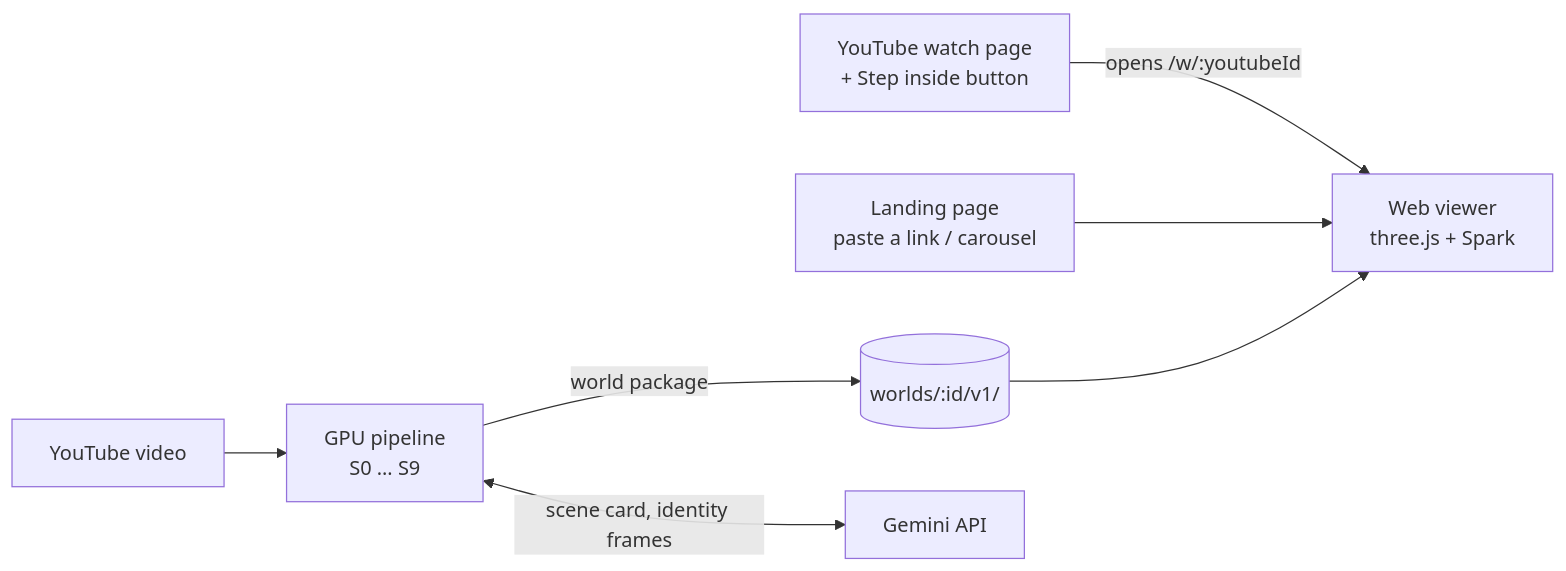
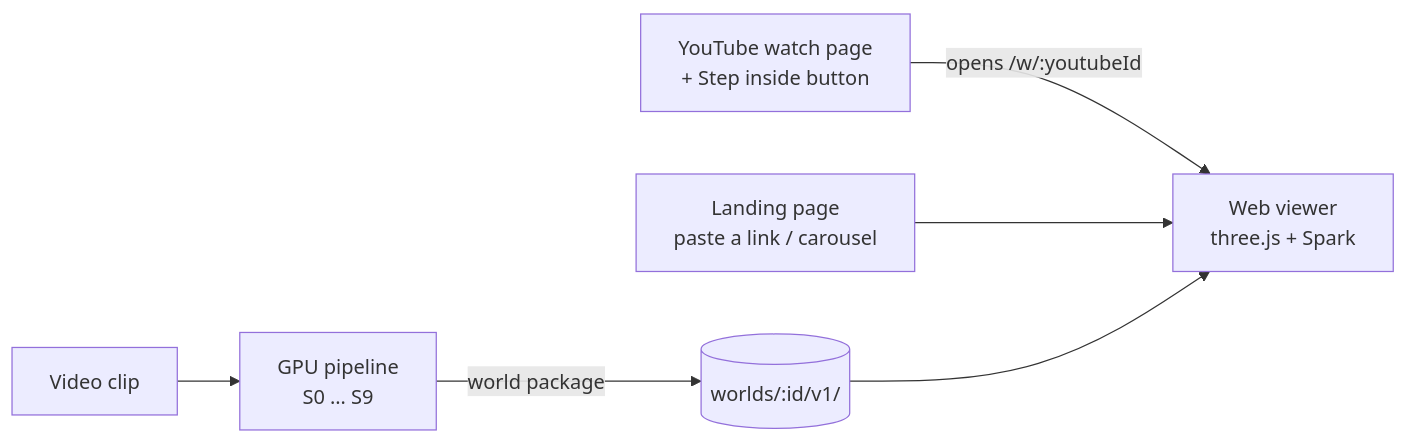
The diagram in README.md (ejo6/SplatMap-Engine), drawn with Mermaid before and after one commit. The commit also changed other lines of this file and 49 other files, not shown here.

Commit message:
Removed atlas, gemini, cut detection (up to user), Pi3X, Multi-HMR, large video depth anything model, LHM sample notions, viser, and open3d

````diff
--- a/README.md
+++ b/README.md
@@ -85,9 +85,8 @@
 ```mermaid
 flowchart LR
   YT["YouTube watch page<br/>+ Step inside button"] -->|"opens /w/:youtubeId"| VIEW
   LAND["Landing page<br/>paste a link / carousel"] --> VIEW
-  VID["YouTube video"] --> PIPE["GPU pipeline<br/>S0 … S9"]
+  VID["Video clip"] --> PIPE["GPU pipeline<br/>S0 … S9"]
   PIPE -->|"world package"| WORLDS[("worlds/:id/v1/")]
   WORLDS --> VIEW["Web viewer<br/>three.js + Spark"]
-  PIPE <-->|"scene card, identity frames"| GEM["Gemini API"]
 ```
````
